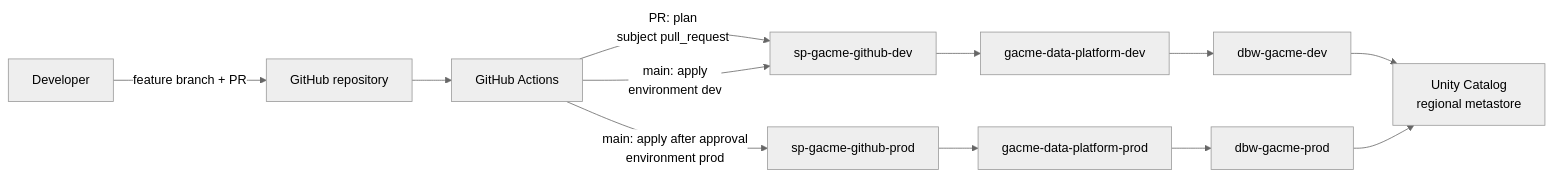
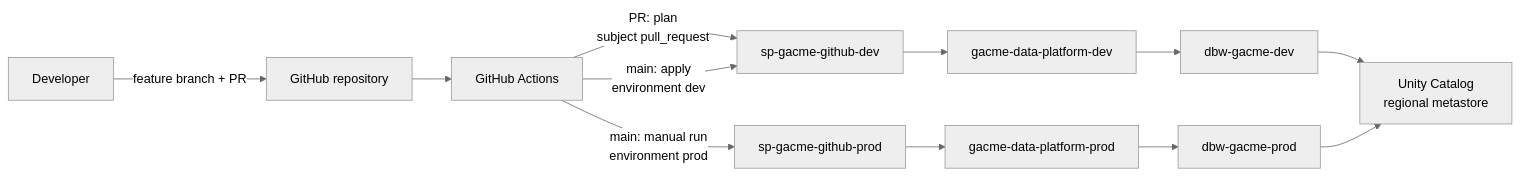
Before and after one commit to gposadas1/gacme-lakehouse-platform: the diagram in README.md, drawn with Mermaid (neutral theme). The commit also changed other lines of this file and 18 other files, not shown here.

First line of the commit message:
Phase 1b: approval-gated prod, catalog isolation, per-layer storage (#7)

````diff
--- a/README.md
+++ b/README.md
@@ -35,14 +35,14 @@
 ```mermaid
 flowchart LR
     dev[Developer] -->|feature branch + PR| gh[GitHub repository]
     gh --> gha[GitHub Actions]
     gha -->|PR: plan<br/>subject pull_request| spdev[sp-gacme-github-dev]
     gha -->|main: apply<br/>environment dev| spdev
-    gha -->|main: apply after approval<br/>environment prod| spprod[sp-gacme-github-prod]
+    gha -->|main: manual run<br/>environment prod| spprod[sp-gacme-github-prod]
     spdev --> subdev[gacme-data-platform-dev]
     spprod --> subprod[gacme-data-platform-prod]
     subdev --> wsdev[dbw-gacme-dev]
     subprod --> wsprod[dbw-gacme-prod]
     wsdev --> uc[Unity Catalog<br/>regional metastore]
     wsprod --> uc
 ```
````
